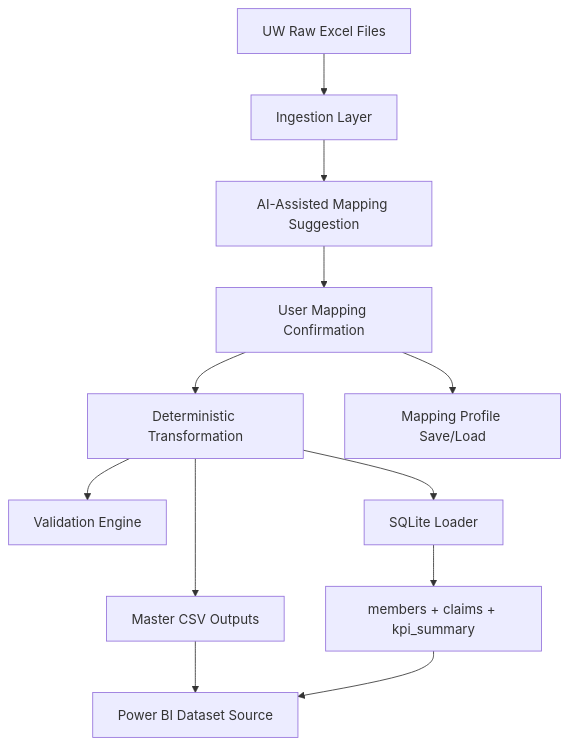
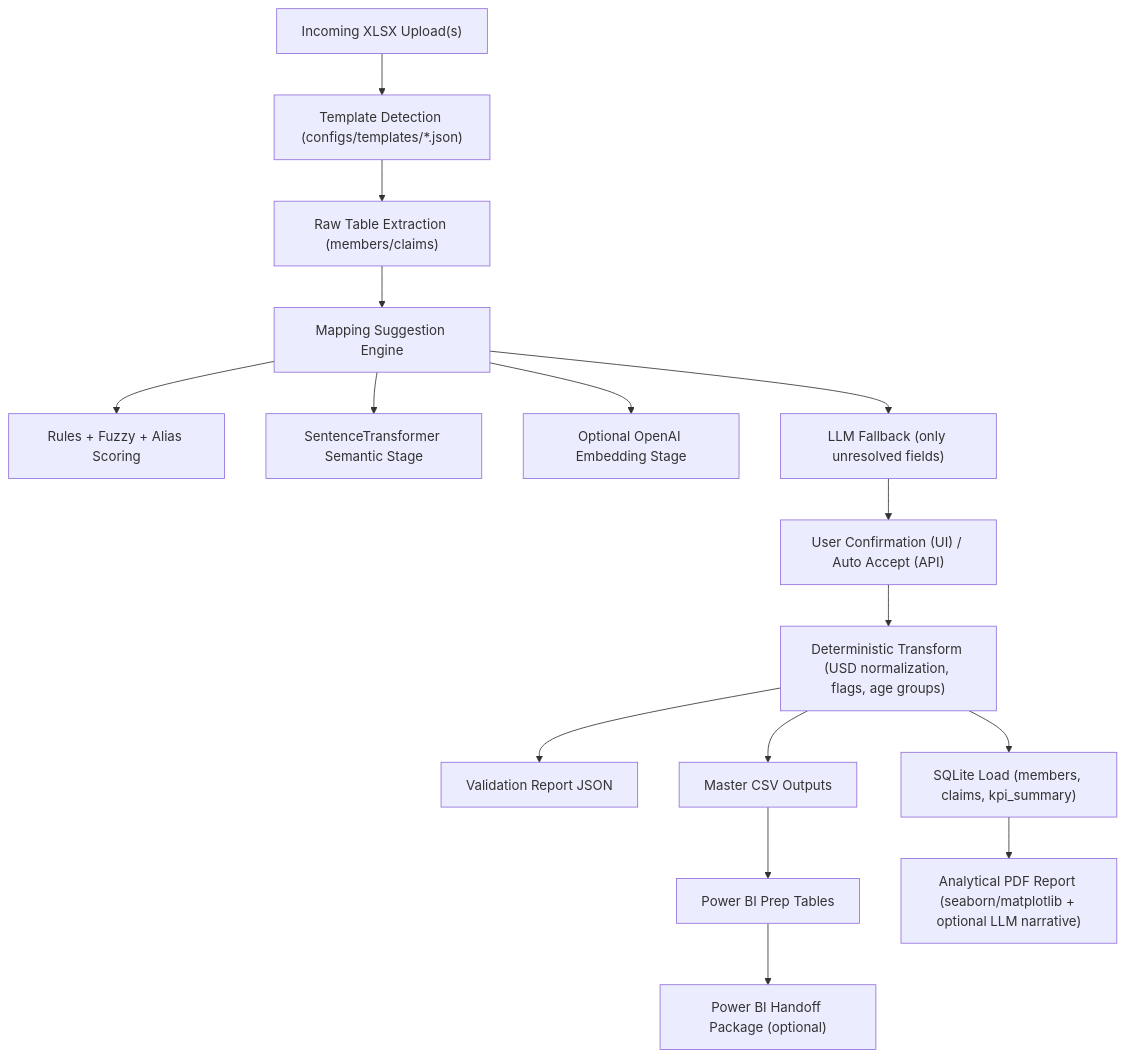
The diagram in README.md (alokgupta1996/claim_processing), drawn with Mermaid before and after one commit. The commit also changed other lines of this file, not shown here.

````diff
--- a/README.md
+++ b/README.md
@@ -26,14 +33,18 @@
 ```mermaid
 flowchart TD
-  A["UW Raw Excel Files"] --> B["Ingestion Layer"]
-  B --> C["AI-Assisted Mapping Suggestion"]
-  C --> D["User Mapping Confirmation"]
-  D --> E["Deterministic Transformation"]
-  E --> F["Validation Engine"]
-  E --> G["Master CSV Outputs"]
-  E --> H["SQLite Loader"]
-  H --> I["members + claims + kpi_summary"]
-  G --> J["Power BI Dataset Source"]
-  I --> J
-  D --> K["Mapping Profile Save/Load"]
+  A["Incoming XLSX Upload(s)"] --> B["Template Detection (configs/templates/*.json)"]
+  B --> C["Raw Table Extraction (members/claims)"]
+  C --> D["Mapping Suggestion Engine"]
+  D --> D1["Rules + Fuzzy + Alias Scoring"]
+  D --> D2["SentenceTransformer Semantic Stage"]
+  D --> D3["Optional OpenAI Embedding Stage"]
+  D --> D4["LLM Fallback (only unresolved fields)"]
+  D4 --> E["User Confirmation (UI) / Auto Accept (API)"]
+  E --> F["Deterministic Transform (USD normalization, flags, age groups)"]
+  F --> G["Validation Report JSON"]
+  F --> H["Master CSV Outputs"]
+  F --> I["SQLite Load (members, claims, kpi_summary)"]
+  H --> J["Power BI Prep Tables"]
+  J --> K["Power BI Handoff Package (optional)"]
+  I --> L["Analytical PDF Report (seaborn/matplotlib + optional LLM narrative)"]
 ```
````
